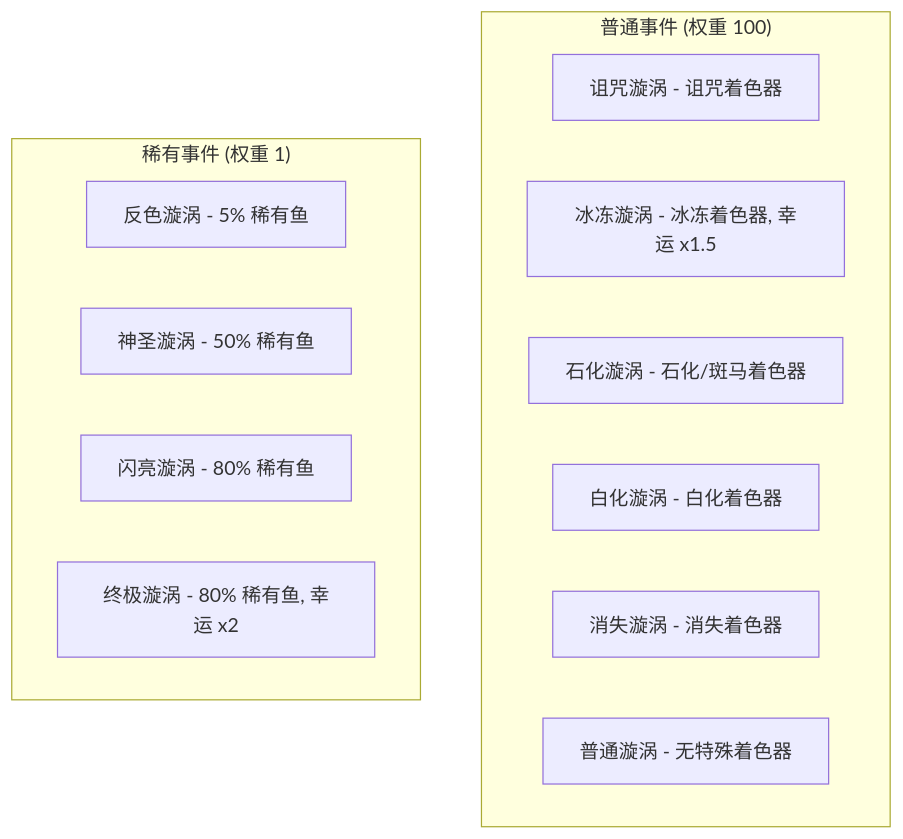
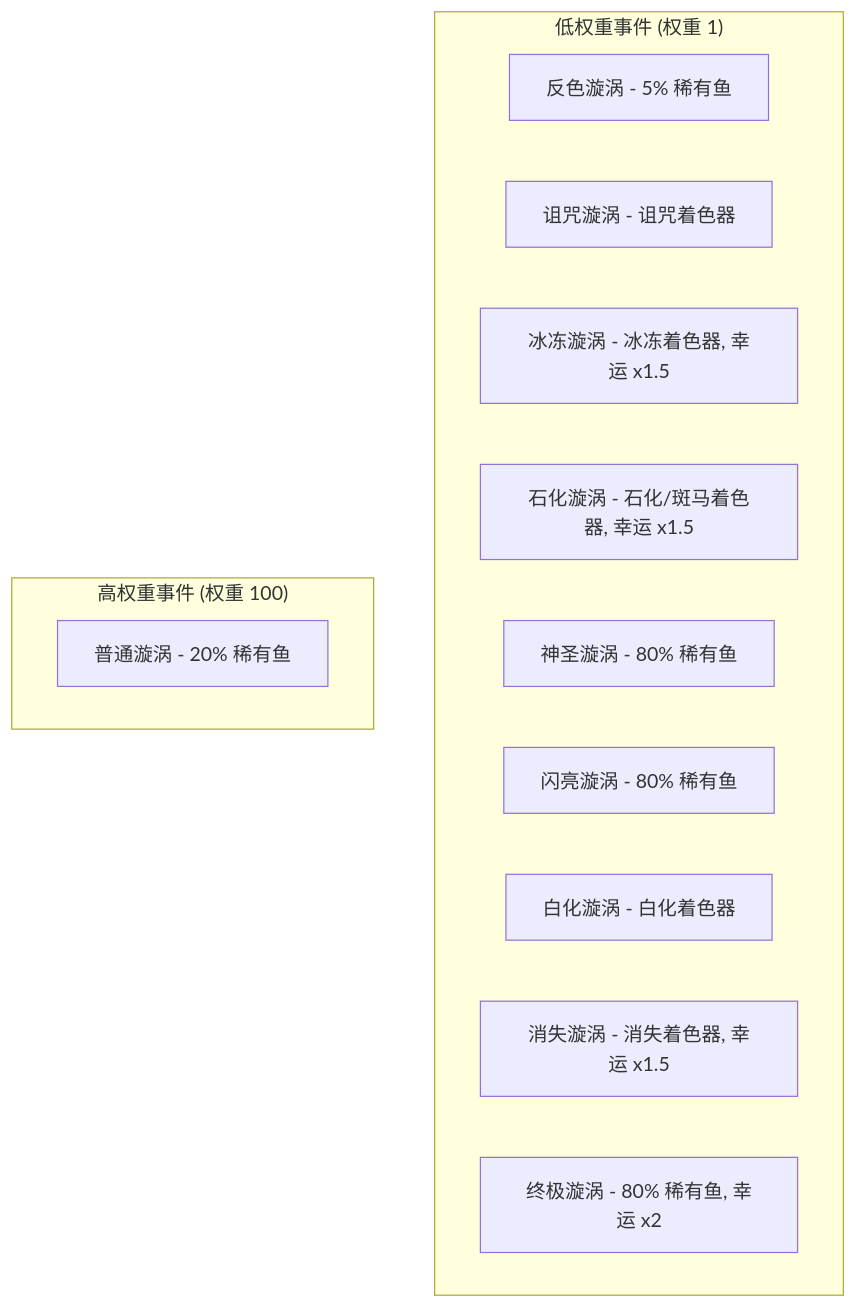
One commit to SeaLoong/Fish-Udon-Raw-Ilcode changed the tenth of 18 diagrams in docs/gamedata-zh.md. Above: the diagram before and after it, drawn with Mermaid. The commit also changed other lines of this file and 31 other files, not shown here.

````diff
--- a/docs/gamedata-zh.md
+++ b/docs/gamedata-zh.md
@@ -780,17 +796,17 @@
 ```mermaid
 flowchart TD
-    subgraph CommonEvents["普通事件 (权重 100)"]
+    subgraph LowWeight["低权重事件 (权重 1)"]
+        E0["反色漩涡 - 5% 稀有鱼"]
         E1["诅咒漩涡 - 诅咒着色器"]
         E2["冰冻漩涡 - 冰冻着色器, 幸运 x1.5"]
-        E3["石化漩涡 - 石化/斑马着色器"]
-        E4["白化漩涡 - 白化着色器"]
-        E5["消失漩涡 - 消失着色器"]
-        E6["普通漩涡 - 无特殊着色器"]
+        E3["石化漩涡 - 石化/斑马着色器, 幸运 x1.5"]
+        E4["神圣漩涡 - 80% 稀有鱼"]
+        E5["闪亮漩涡 - 80% 稀有鱼"]
+        E6["白化漩涡 - 白化着色器"]
+        E7["消失漩涡 - 消失着色器, 幸运 x1.5"]
+        E8["终极漩涡 - 80% 稀有鱼, 幸运 x2"]
     end
-    subgraph RareEvents["稀有事件 (权重 1)"]
-        E7["反色漩涡 - 5% 稀有鱼"]
-        E8["神圣漩涡 - 50% 稀有鱼"]
-        E9["闪亮漩涡 - 80% 稀有鱼"]
-        E10["终极漩涡 - 80% 稀有鱼, 幸运 x2"]
+    subgraph HighWeight["高权重事件 (权重 100)"]
+        E9["普通漩涡 - 20% 稀有鱼"]
     end
 ```
````
